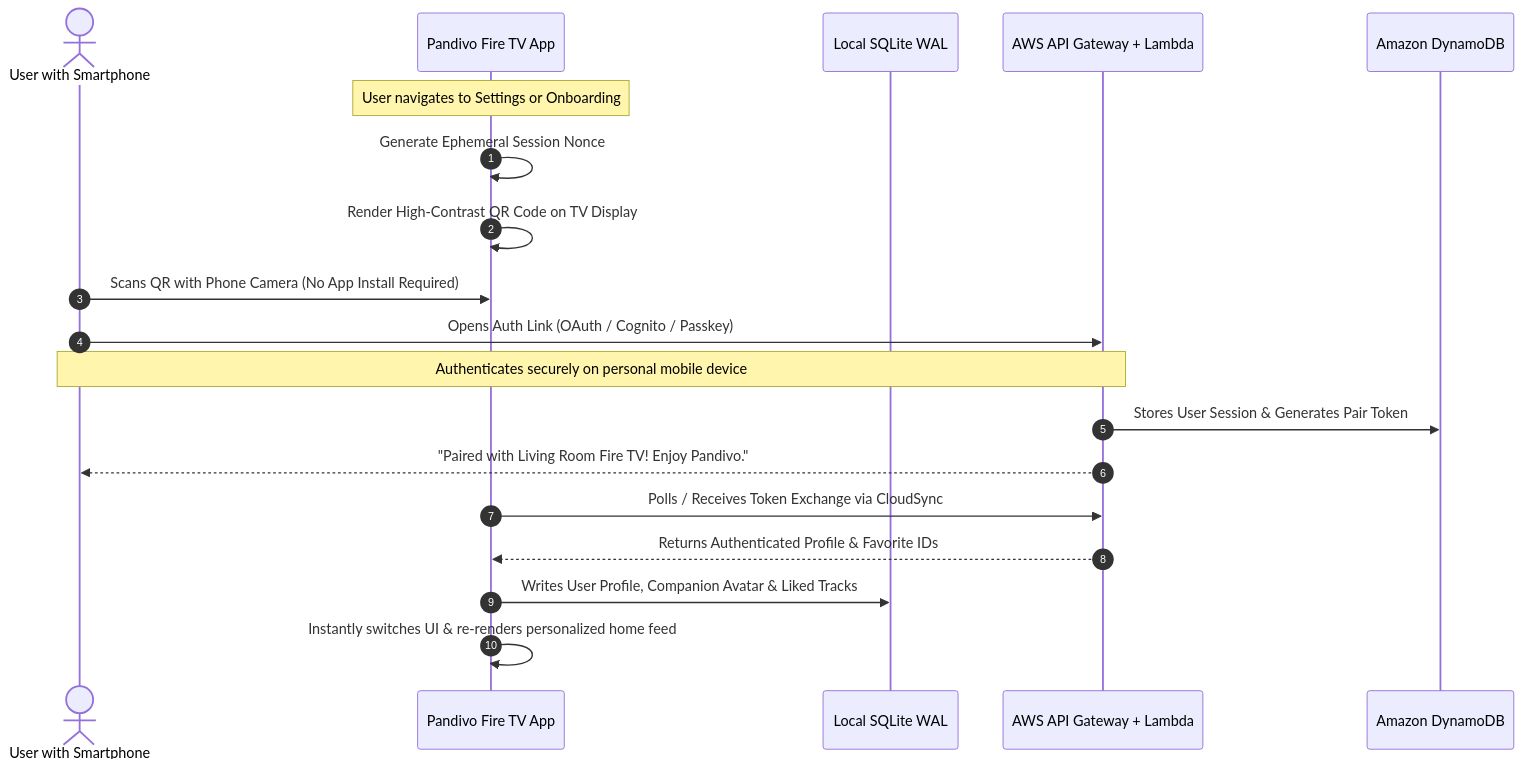
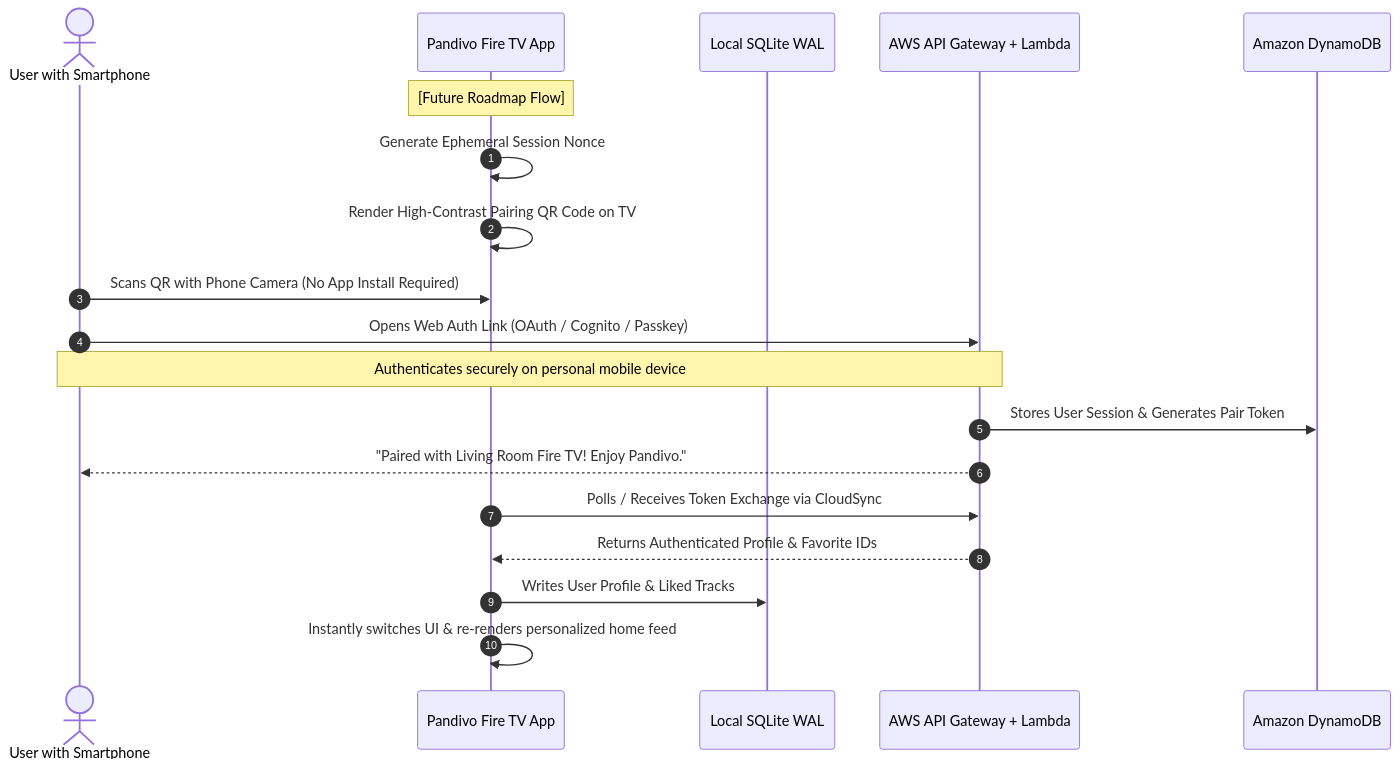
One commit to MAHAVEER-IT/pandivo-tv changed the first of 3 diagrams in docs/4-hackathon-challenges/CORE_FEATURES_AND_RECOMMENDATIONS.md. Above: the diagram before and after it, drawn with Mermaid. The commit also changed other lines of this file and 15 other files, not shown here.

Commit message:
docs: align architecture documentation with implementation and resolve relative links

````diff
--- a/docs/4-hackathon-challenges/CORE_FEATURES_AND_RECOMMENDATIONS.md
+++ b/docs/4-hackathon-challenges/CORE_FEATURES_AND_RECOMMENDATIONS.md
@@ -77,22 +112,22 @@
 ```mermaid
 sequenceDiagram
     autonumber
     actor User as User with Smartphone
     participant TV as Pandivo Fire TV App
     participant LocalDB as Local SQLite WAL
     participant AWS as AWS API Gateway + Lambda
     participant DDB as Amazon DynamoDB
 
-    Note over TV: User navigates to Settings or Onboarding
+    Note over TV: [Future Roadmap Flow]
     TV->>TV: Generate Ephemeral Session Nonce
-    TV->>TV: Render High-Contrast QR Code on TV Display
+    TV->>TV: Render High-Contrast Pairing QR Code on TV
     User->>TV: Scans QR with Phone Camera (No App Install Required)
-    User->>AWS: Opens Auth Link (OAuth / Cognito / Passkey)
+    User->>AWS: Opens Web Auth Link (OAuth / Cognito / Passkey)
     Note over User,AWS: Authenticates securely on personal mobile device
     AWS->>DDB: Stores User Session & Generates Pair Token
     AWS-->>User: "Paired with Living Room Fire TV! Enjoy Pandivo."
     TV->>AWS: Polls / Receives Token Exchange via CloudSync
     AWS-->>TV: Returns Authenticated Profile & Favorite IDs
-    TV->>LocalDB: Writes User Profile, Companion Avatar & Liked Tracks
+    TV->>LocalDB: Writes User Profile & Liked Tracks
     TV->>TV: Instantly switches UI & re-renders personalized home feed
 ```
````
